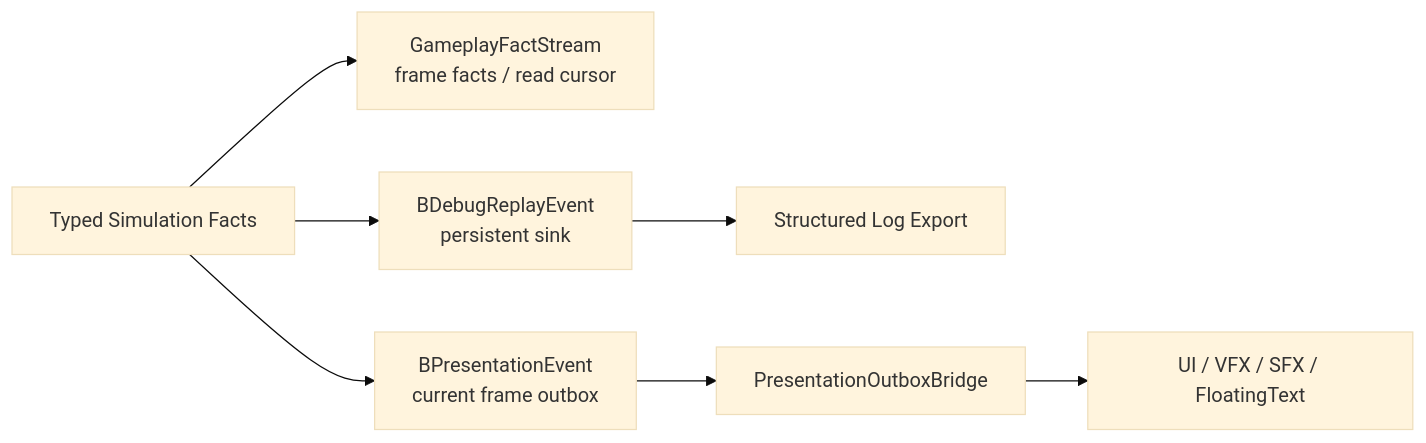
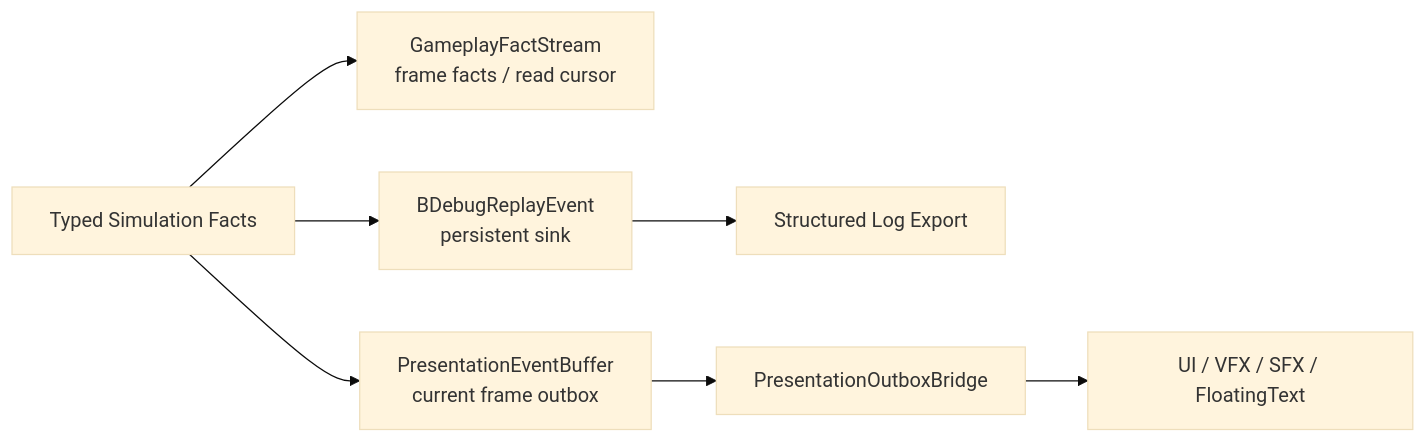
One commit to Bo-ki/gameplay-ability-system-for-unity changed the diagram in 方案讨论/针对2.0的ECS架构的迭代方案讨论/当前路线/01-目标态架构共识/06-Observation-Presentation-ReplaySpec.md. Above: the diagram before and after it, drawn with Mermaid (base theme). The commit also changed other lines of this file and 15 other files, not shown here.

````diff
--- a/方案讨论/针对2.0的ECS架构的迭代方案讨论/当前路线/01-目标态架构共识/06-Observation-Presentation-ReplaySpec.md
+++ b/方案讨论/针对2.0的ECS架构的迭代方案讨论/当前路线/01-目标态架构共识/06-Observation-Presentation-ReplaySpec.md
@@ -9,9 +9,9 @@
 ```mermaid
 flowchart LR
     TypedFacts["Typed Simulation Facts"] --> FactStream["GameplayFactStream\nframe facts / read cursor"]
-    TypedFacts --> Presentation["BPresentationEvent\ncurrent frame outbox"]
+    TypedFacts --> Presentation["PresentationEventBuffer\ncurrent frame outbox"]
     TypedFacts --> Replay["BDebugReplayEvent\npersistent sink"]
     Replay --> StructuredLog["Structured Log Export"]
     Presentation --> Bridge["PresentationOutboxBridge"]
     Bridge --> UI["UI / VFX / SFX / FloatingText"]
 ```
````
